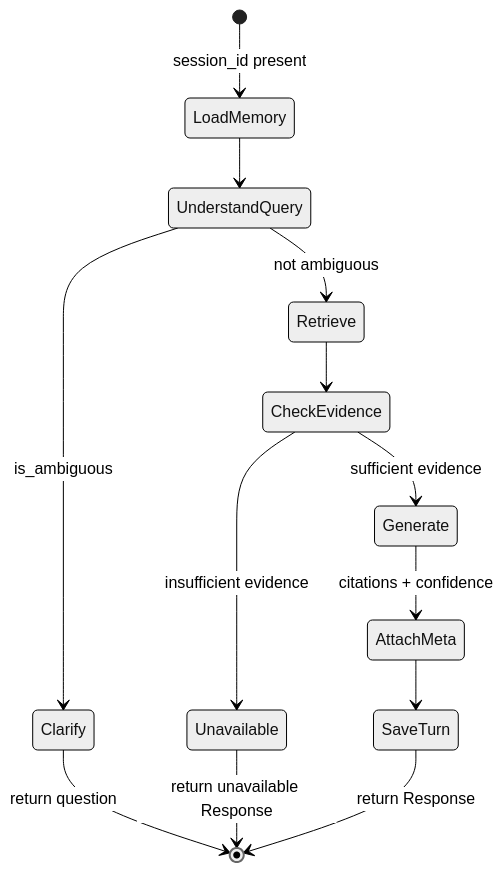
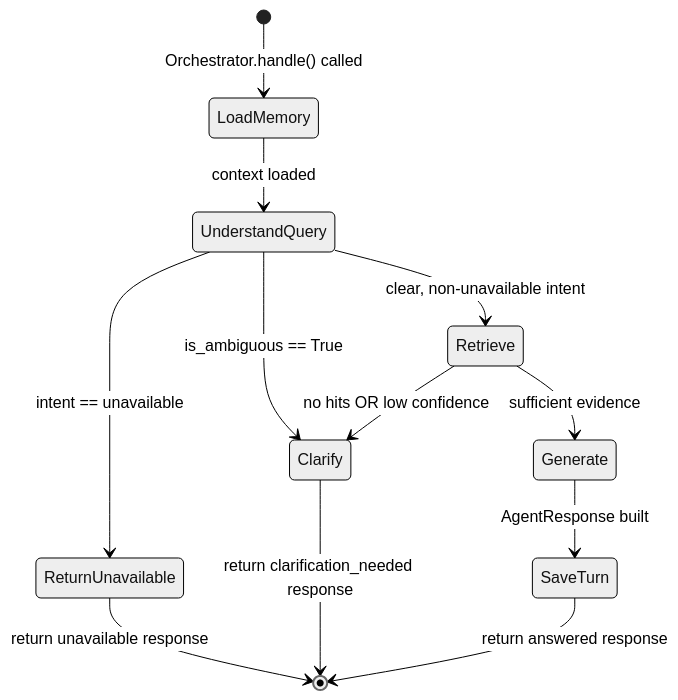
The second of 2 diagrams in architecture/multi-agent-orchestration.md (Jhansi1717/rag-multi-agent-knowledge-assistant), drawn with Mermaid (neutral theme) before and after one commit. The commit also changed other lines of this file and 6 other files, not shown here.

Commit message:
docs: rewrite all architecture and tech-stack docs with accurate M1 status and professional diagrams

````diff
--- a/architecture/multi-agent-orchestration.md
+++ b/architecture/multi-agent-orchestration.md
@@ -74,15 +155,14 @@
 ```mermaid
 stateDiagram-v2
-    [*] --> LoadMemory: session_id present
-    LoadMemory --> UnderstandQuery
-    UnderstandQuery --> Clarify: is_ambiguous
-    UnderstandQuery --> Retrieve: not ambiguous
-    Clarify --> [*]: return question
-    Retrieve --> CheckEvidence
-    CheckEvidence --> Unavailable: insufficient evidence
-    CheckEvidence --> Generate: sufficient evidence
-    Unavailable --> [*]: return unavailable Response
-    Generate --> AttachMeta: citations + confidence
-    AttachMeta --> SaveTurn
-    SaveTurn --> [*]: return Response
+    [*] --> LoadMemory : Orchestrator.handle() called
+    LoadMemory --> UnderstandQuery : context loaded
+    UnderstandQuery --> ReturnUnavailable : intent == unavailable
+    UnderstandQuery --> Clarify : is_ambiguous == True
+    UnderstandQuery --> Retrieve : clear, non-unavailable intent
+    Retrieve --> Clarify : no hits OR low confidence
+    Retrieve --> Generate : sufficient evidence
+    Clarify --> [*] : return clarification_needed response
+    ReturnUnavailable --> [*] : return unavailable response
+    Generate --> SaveTurn : AgentResponse built
+    SaveTurn --> [*] : return answered response
 ```
````
